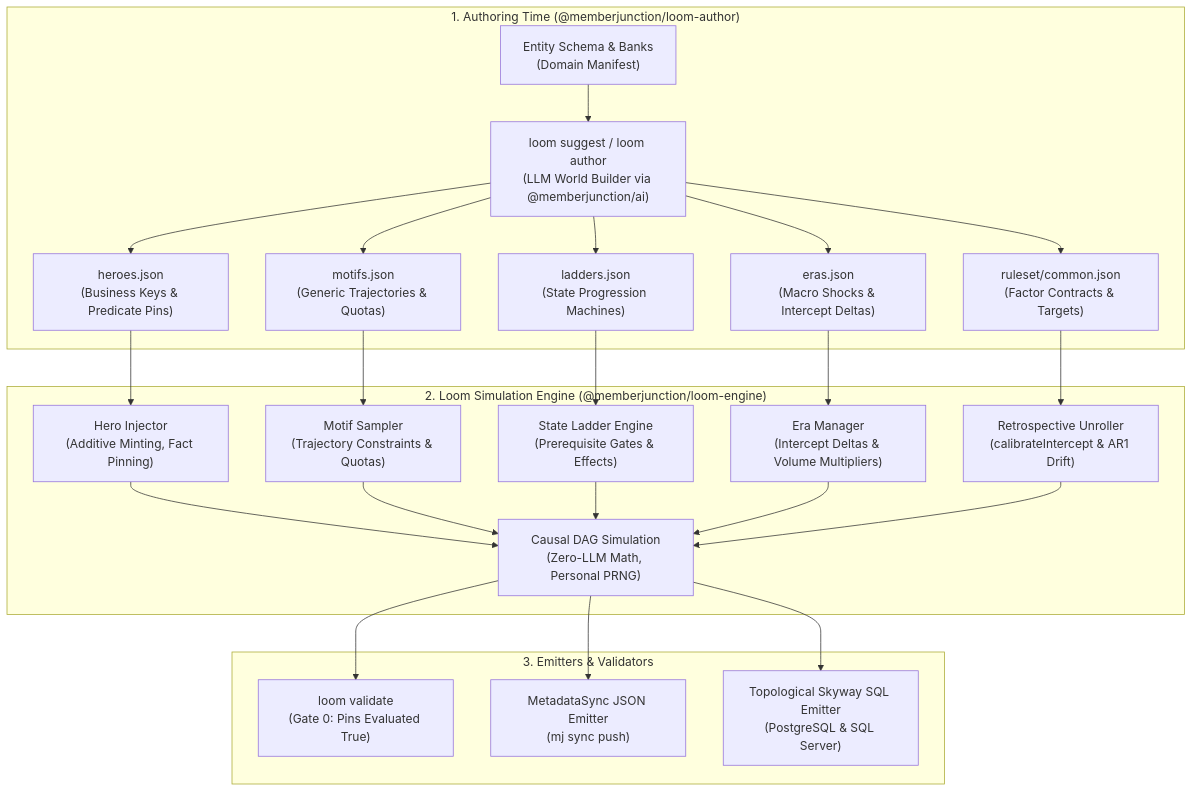
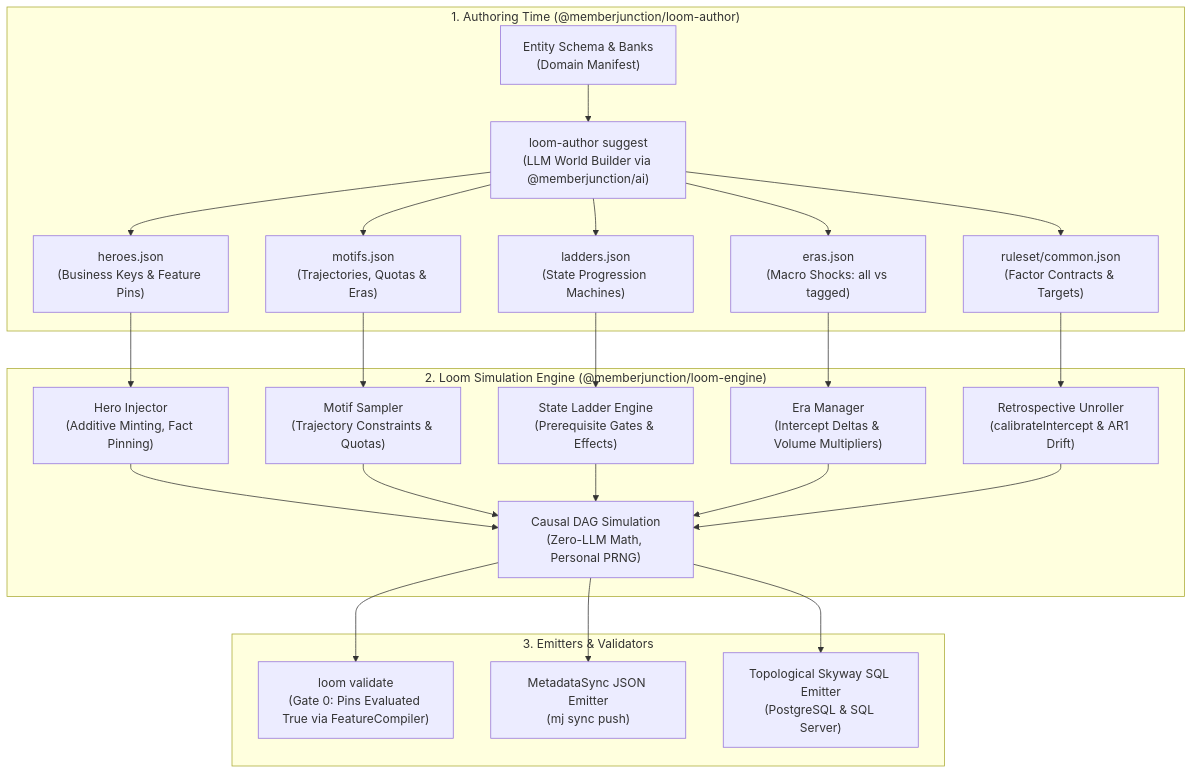
One commit to MemberJunction/loom changed the diagram in plans/02-personas-motifs-and-retrospective-simulation.md. Above: the diagram before and after it, drawn with Mermaid. The commit also changed other lines of this file, not shown here.

````diff
--- a/plans/02-personas-motifs-and-retrospective-simulation.md
+++ b/plans/02-personas-motifs-and-retrospective-simulation.md
@@ -38,31 +38,31 @@
 ```mermaid
 flowchart TD
     subgraph AuthoringPhase ["1. Authoring Time (@memberjunction/loom-author)"]
-        ES["Entity Schema & Banks<br/>(Domain Manifest)"] --> LS["loom suggest / loom author<br/>(LLM World Builder via @memberjunction/ai)"]
-        LS --> HF["heroes.json<br/>(Business Keys & Predicate Pins)"]
-        LS --> MF["motifs.json<br/>(Generic Trajectories & Quotas)"]
+        ES["Entity Schema & Banks<br/>(Domain Manifest)"] --> LS["loom-author suggest<br/>(LLM World Builder via @memberjunction/ai)"]
+        LS --> HF["heroes.json<br/>(Business Keys & Feature Pins)"]
+        LS --> MF["motifs.json<br/>(Trajectories, Quotas & Eras)"]
         LS --> LF["ladders.json<br/>(State Progression Machines)"]
-        LS --> EF["eras.json<br/>(Macro Shocks & Intercept Deltas)"]
+        LS --> EF["eras.json<br/>(Macro Shocks: all vs tagged)"]
         LS --> RF["ruleset/common.json<br/>(Factor Contracts & Targets)"]
     end
 
     subgraph DeterministicEngine ["2. Loom Simulation Engine (@memberjunction/loom-engine)"]
         HF --> HI["Hero Injector<br/>(Additive Minting, Fact Pinning)"]
         MF --> MS["Motif Sampler<br/>(Trajectory Constraints & Quotas)"]
         LF --> SL["State Ladder Engine<br/>(Prerequisite Gates & Effects)"]
         EF --> EM["Era Manager<br/>(Intercept Deltas & Volume Multipliers)"]
         RF --> RU["Retrospective Unroller<br/>(calibrateIntercept & AR1 Drift)"]
         
         HI --> GEN["Causal DAG Simulation<br/>(Zero-LLM Math, Personal PRNG)"]
         MS --> GEN
         SL --> GEN
         EM --> GEN
         RU --> GEN
     end
 
     subgraph Outputs ["3. Emitters & Validators"]
-        GEN --> VAL["loom validate<br/>(Gate 0: Pins Evaluated True)"]
+        GEN --> VAL["loom validate<br/>(Gate 0: Pins Evaluated True via FeatureCompiler)"]
         GEN --> MSYNC["MetadataSync JSON Emitter<br/>(mj sync push)"]
         GEN --> SKY["Topological Skyway SQL Emitter<br/>(PostgreSQL & SQL Server)"]
     end
 ```
````
